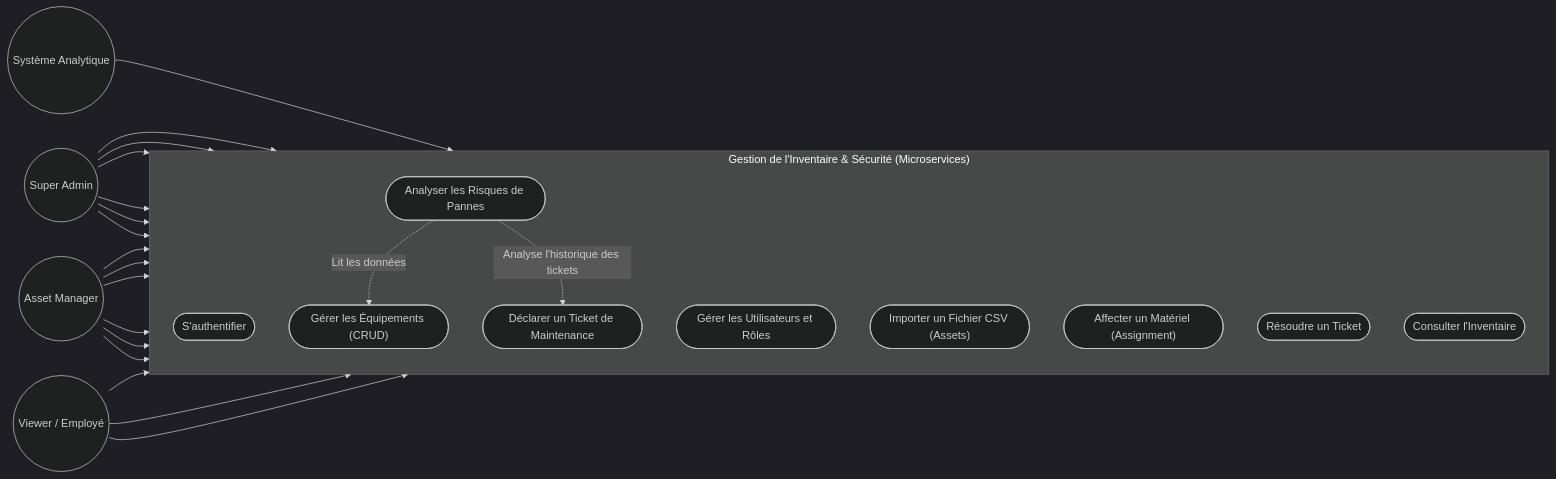
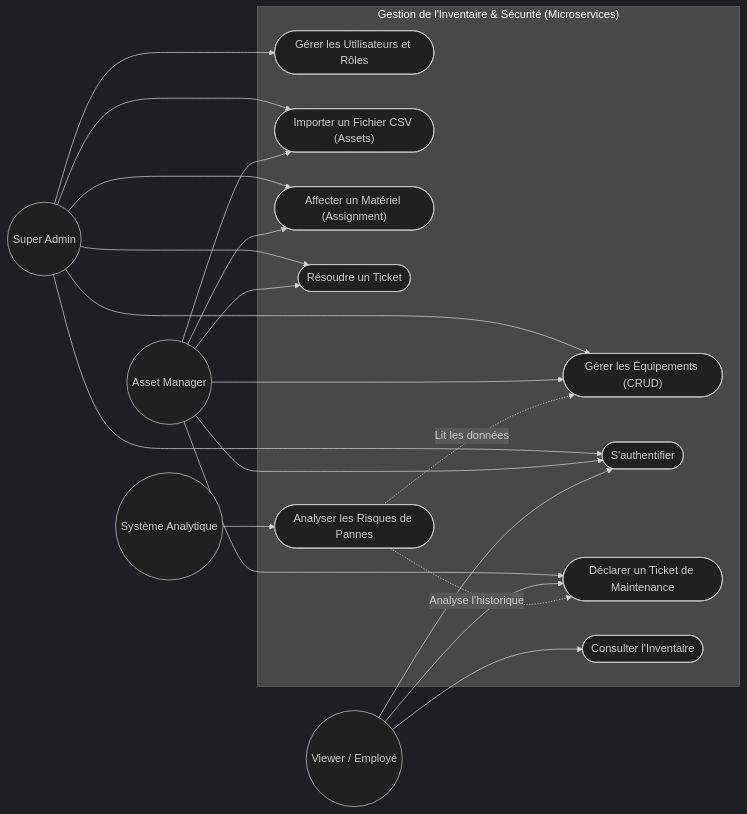
Before and after one commit to Ali05188/Inventory_app: the diagram in docs/use_cases.md, drawn with Mermaid (dark theme). The commit also changed 1 other file, not shown here.

Commit message:
chore: add diagrams_visualization folder and update project files

````diff
--- a/docs/use_cases.md
+++ b/docs/use_cases.md
@@ -3,43 +3,53 @@
 ```mermaid
 flowchart LR
+    %% Acteurs Humains (Garde l'alignement à gauche)
     Admin((Super Admin))
     Manager((Asset Manager))
     Viewer((Viewer / Employé))
+    
+    %% Acteur Système
     System((Système Analytique))
 
+    %% Forcer la disposition des acteurs de haut en bas
+    Admin ~~~ Manager
+    Manager ~~~ Viewer
+
     subgraph System_Boundary ["Gestion de l'Inventaire & Sécurité (Microservices)"]
-        direction TB
-        UC1(["S'authentifier"])
+        %% Ordre optimisé pour limiter les croisements de lignes
         UC2(["Gérer les Utilisateurs et Rôles"])
-        UC3(["Gérer les Équipements (CRUD)"])
         UC4(["Importer un Fichier CSV (Assets)"])
         UC5(["Affecter un Matériel (Assignment)"])
+        UC7(["Résoudre un Ticket"])
+        UC3(["Gérer les Équipements (CRUD)"])
+        UC1(["S'authentifier"])
         UC6(["Déclarer un Ticket de Maintenance"])
-        UC7(["Résoudre un Ticket"])
         UC8(["Consulter l'Inventaire"])
         UC9(["Analyser les Risques de Pannes"])
     end
 
-    Admin --> UC1
-    Manager --> UC1
-    Viewer --> UC1
-    System --> UC9
-
+    %% Connexions Admin (Vers le haut et le milieu)
     Admin --> UC2
-    Admin --> UC3
     Admin --> UC4
     Admin --> UC5
     Admin --> UC7
+    Admin --> UC3
+    Admin --> UC1
 
-    Manager --> UC3
+    %% Connexions Manager (Vers le milieu)
     Manager --> UC4
     Manager --> UC5
+    Manager --> UC7
+    Manager --> UC3
+    Manager --> UC1
     Manager --> UC6
-    Manager --> UC7
 
+    %% Connexions Viewer (Vers le bas)
+    Viewer --> UC1
     Viewer --> UC6
     Viewer --> UC8
 
+    %% Connexions du Système (Placé vers le bas)
+    System --> UC9
     UC9 -.->|"Lit les données"| UC3
-    UC9 -.->|"Analyse l'historique des tickets"| UC6
+    UC9 -.->|"Analyse l'historique"| UC6
 ```
````
